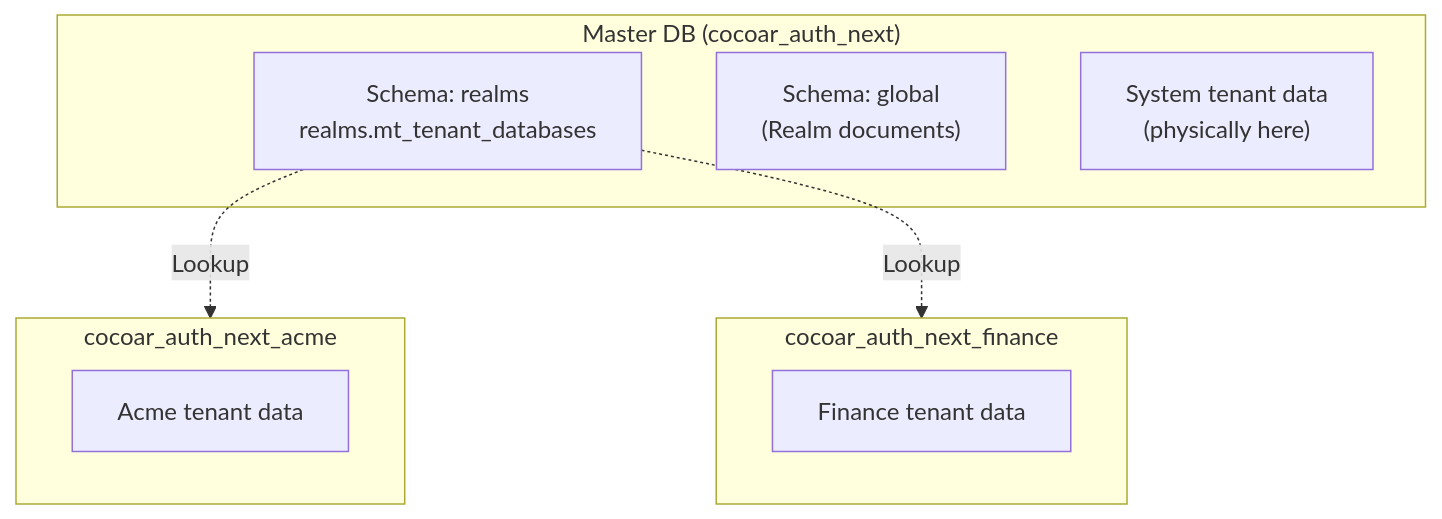
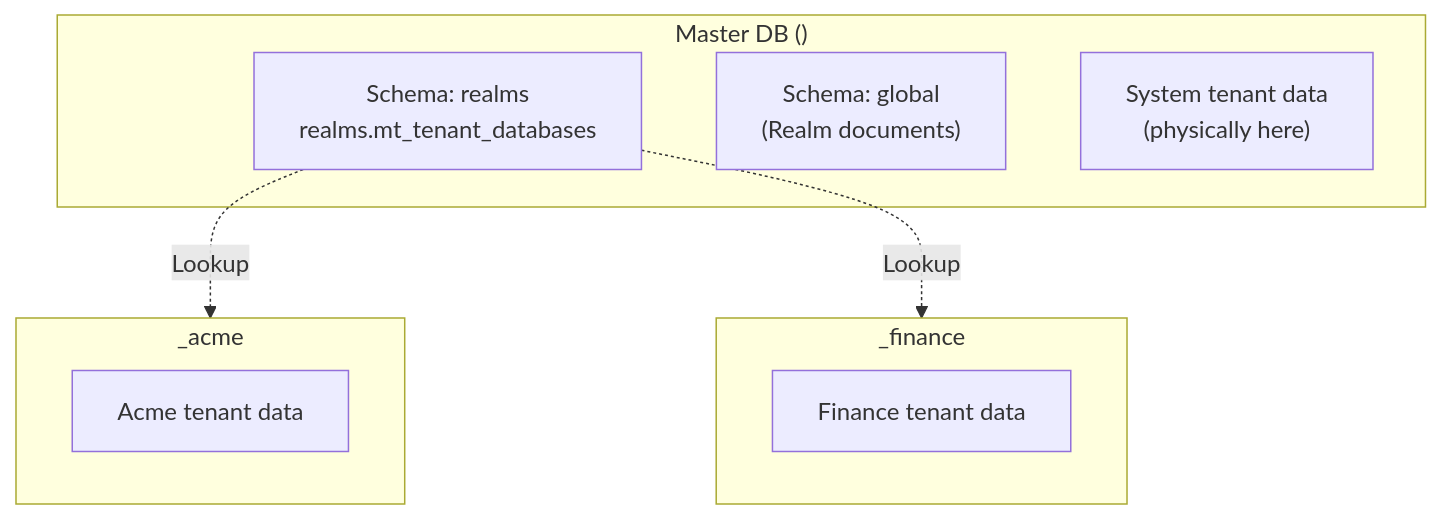
Before and after one commit to cocoar-dev/modgud: the diagram in website/guide/realms.md, drawn with Mermaid. The commit also changed other lines of this file and 11 other files, not shown here.

````diff
--- a/website/guide/realms.md
+++ b/website/guide/realms.md
@@ -79,19 +79,19 @@
 ```mermaid
 graph TD
-    subgraph Master["Master DB (cocoar_auth_next)"]
+    subgraph Master["Master DB (<master-db>)"]
         Tenancy["Schema: realms<br/>realms.mt_tenant_databases"]
         GlobalSchema["Schema: global<br/>(Realm documents)"]
         SystemTenant["System tenant data<br/>(physically here)"]
     end
 
-    subgraph Acme["cocoar_auth_next_acme"]
+    subgraph Acme["<master-db>_acme"]
         AcmeData["Acme tenant data"]
     end
 
-    subgraph Finance["cocoar_auth_next_finance"]
+    subgraph Finance["<master-db>_finance"]
         FinanceData["Finance tenant data"]
     end
 
     Tenancy -.->|Lookup| Acme
     Tenancy -.->|Lookup| Finance
 ```
````
